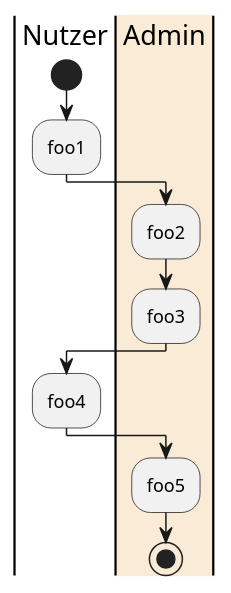
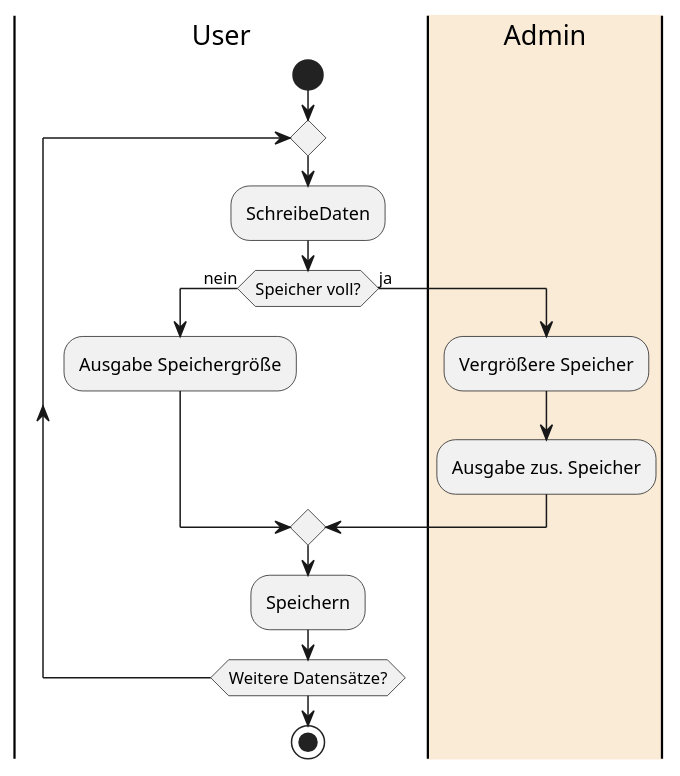
Before and after one commit to TUBAF-IfI-LiaScript/VL_Softwareentwicklung: the diagram in code/10_UML/Graphs/AktivityUser.plantUML, drawn with PlantUML. The commit also changed 2 other files, not shown here.

```diff
--- a/code/10_UML/Graphs/AktivityUser.plantUML
+++ b/code/10_UML/Graphs/AktivityUser.plantUML
@@ -1,13 +1,17 @@
 @startuml
-|Nutzer|
+|User|
 start
-:foo1;
-|#AntiqueWhite|Admin|
-:foo2;
-:foo3;
-|Nutzer|
-:foo4;
-|Admin|
-:foo5;
+repeat
+:SchreibeDaten;
+if (Speicher voll?) then (nein)
+ :Ausgabe Speichergröße;
+else (ja)
+  |#AntiqueWhite|Admin|
+  :Vergrößere Speicher;
+  :Ausgabe zus. Speicher;
+endif
+|User|
+:Speichern;
+repeat while (Weitere Datensätze?)
 stop
 @enduml
```
